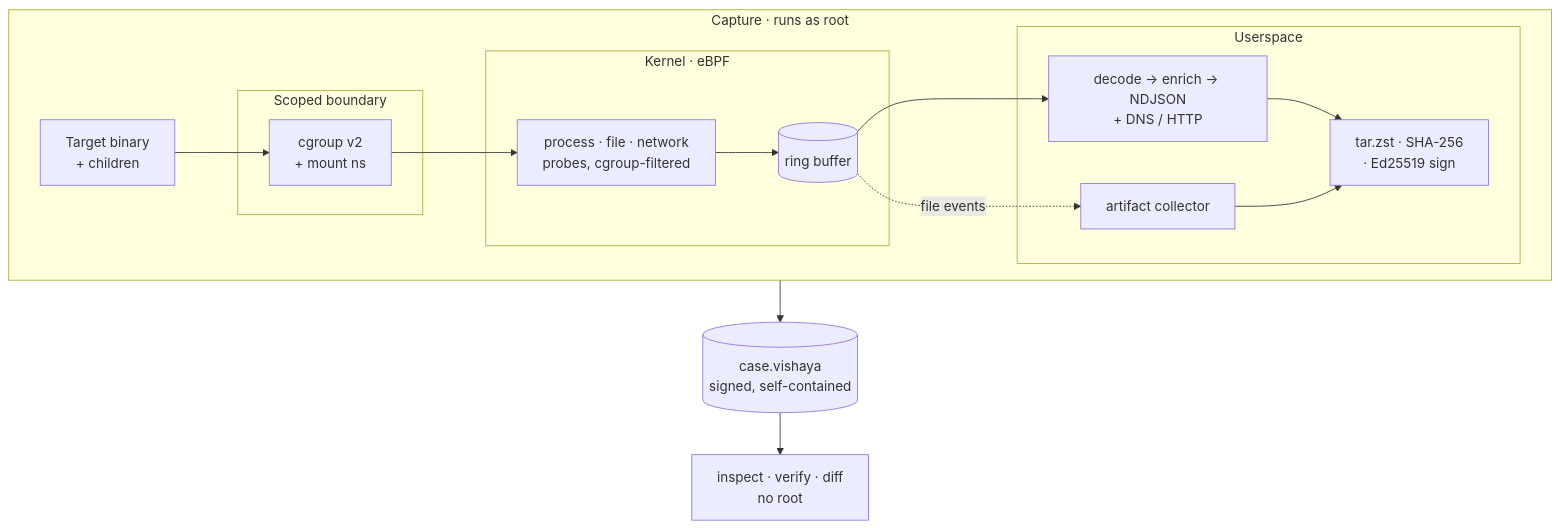
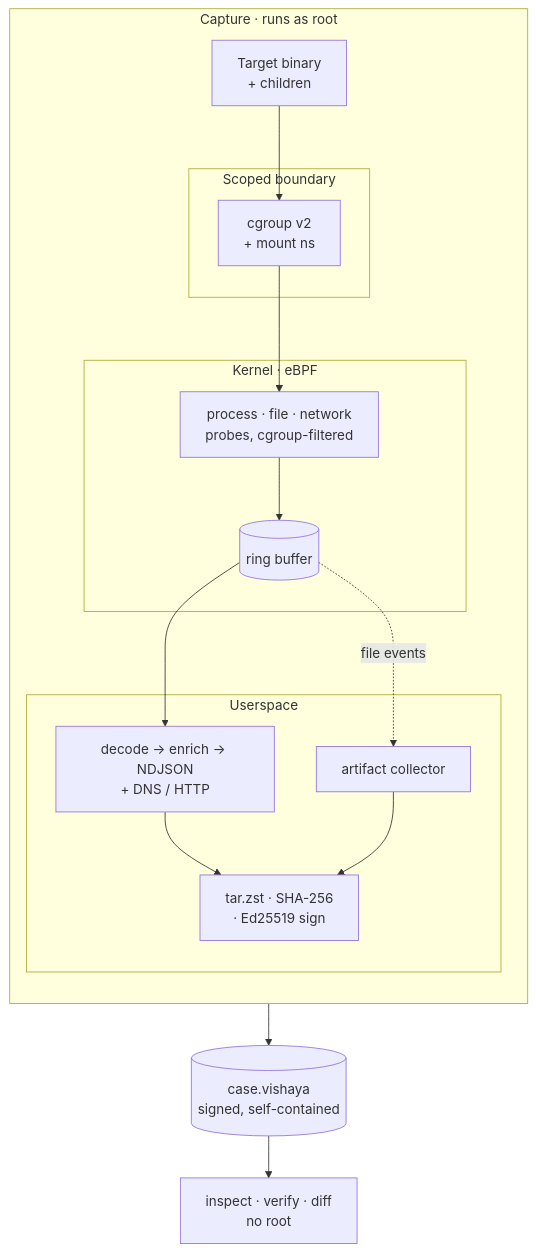
The diagram in README.md (bhanuprakasheagala/vishaya), drawn with Mermaid before and after one commit. The commit also changed other lines of this file, not shown here.

````diff
--- a/README.md
+++ b/README.md
@@ -84,23 +85,23 @@
 ```mermaid
 flowchart TB
     subgraph CAP[Capture · runs as root]
-        direction LR
+        direction TB
         T[Target binary<br/>+ children]
         subgraph SCOPE[Scoped boundary]
             CG[cgroup v2<br/>+ mount ns]
         end
         subgraph K[Kernel · eBPF]
             PRB[process · file · network<br/>probes, cgroup-filtered] --> RB[(ring buffer)]
         end
         subgraph U[Userspace]
             PIPE[decode → enrich → NDJSON<br/>+ DNS / HTTP] --> BW[tar.zst · SHA-256<br/>· Ed25519 sign]
             ART[artifact collector] --> BW
         end
         T --> CG --> PRB
         RB --> PIPE
         RB -. file events .-> ART
     end
 
     BW --> OUT[(case.vishaya<br/>signed, self-contained)]
     OUT --> INS[inspect · verify · diff<br/>no root]
 ```
````
